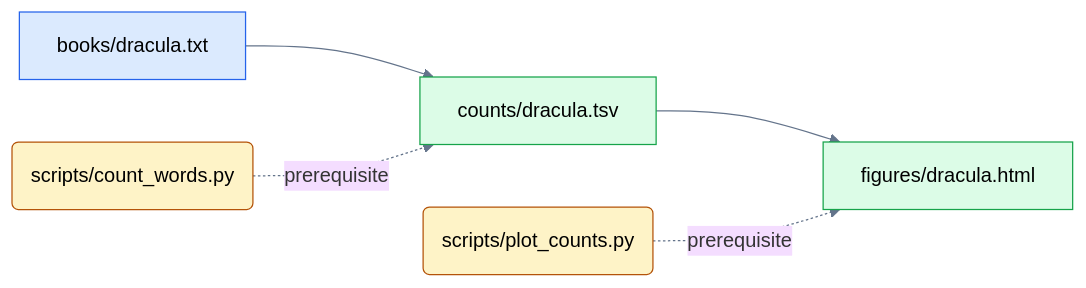
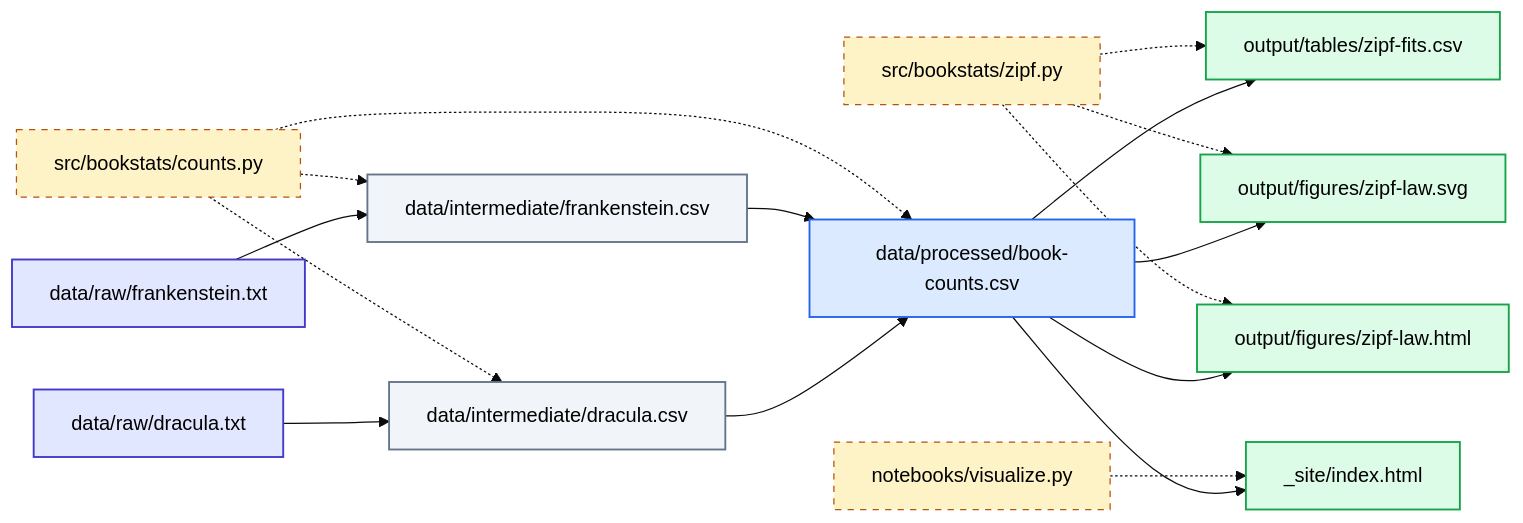
Before and after one commit to oist/gecs: the second of 3 diagrams in sessions/automation.qmd, drawn with Mermaid. The commit also changed other lines of this file, not shown here.

````diff
--- a/sessions/automation.qmd
+++ b/sessions/automation.qmd
@@ -113,10 +69,28 @@
 ```{mermaid}
-%%{init: {"flowchart": {"curve": "basis"}, "theme": "base", "themeVariables": {"lineColor": "#64748b", "fontFamily": "Arial"}}}%%
+%%{init: {"flowchart": {"curve": "basis"}, "theme": "base", "themeVariables": {"fontFamily": "Arial"}}}%%
 flowchart LR
-    Book["books/dracula.txt"]:::data --> Counts["counts/dracula.tsv"]:::output --> Figure["figures/dracula.html"]:::output
-    CountScript("scripts/count_words.py"):::script -. prerequisite .-> Counts
-    PlotScript("scripts/plot_counts.py"):::script -. prerequisite .-> Figure
-    classDef data fill:#dbeafe,stroke:#2563eb,color:#000
-    classDef output fill:#dcfce7,stroke:#16a34a,color:#000
-    classDef script fill:#fef3c7,stroke:#b45309,color:#000
+    D_txt["data/raw/dracula.txt"]:::raw --> D_csv["data/intermediate/dracula.csv"]:::inter
+    F_txt["data/raw/frankenstein.txt"]:::raw --> F_csv["data/intermediate/frankenstein.csv"]:::inter
+    Code_counts["src/bookstats/counts.py"]:::code -.-> D_csv
+    Code_counts -.-> F_csv
+
+    D_csv --> Combined["data/processed/book-counts.csv"]:::proc
+    F_csv --> Combined
+    Code_counts -.-> Combined
+
+    Combined --> Zipf_csv["output/tables/zipf-fits.csv"]:::out
+    Combined --> Fig_svg["output/figures/zipf-law.svg"]:::out
+    Combined --> Fig_html["output/figures/zipf-law.html"]:::out
+    Code_zipf["src/bookstats/zipf.py"]:::code -.-> Zipf_csv
+    Code_zipf -.-> Fig_svg
+    Code_zipf -.-> Fig_html
+
+    Combined --> Site["_site/index.html"]:::out
+    Code_viz["notebooks/visualize.py"]:::code -.-> Site
+
+    classDef raw fill:#e0e7ff,stroke:#4338ca,stroke-width:1.5px,color:#000
+    classDef inter fill:#f1f5f9,stroke:#64748b,stroke-width:1.5px,color:#000
+    classDef proc fill:#dbeafe,stroke:#2563eb,stroke-width:1.5px,color:#000
+    classDef out fill:#dcfce7,stroke:#16a34a,stroke-width:1.5px,color:#000
+    classDef code fill:#fef3c7,stroke:#b45309,stroke-dasharray: 5 5,color:#000
 ```
````
